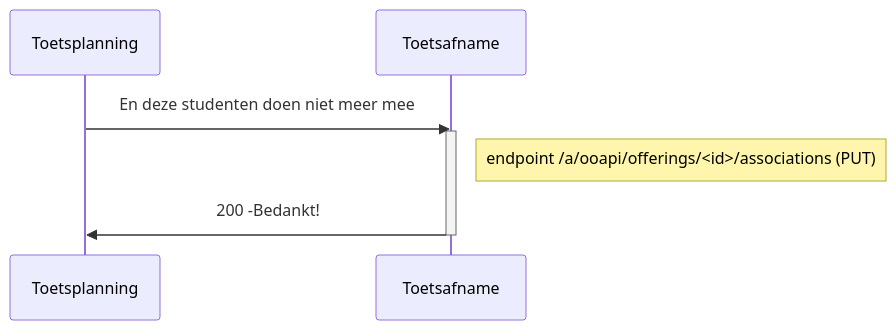
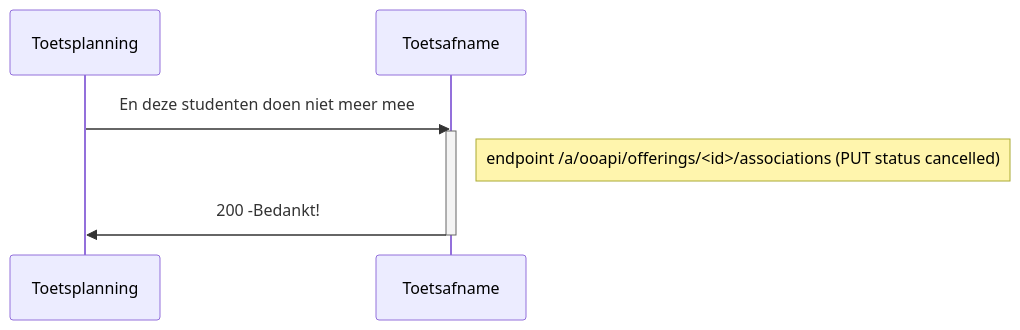
The fourth of 5 diagrams in doc/diagrams/flow2.md (NetwerkExamineringDigitalisering/NED-OOAPI), drawn with Mermaid before and after one commit. The commit also changed other lines of this file, not shown here.

````diff
--- a/doc/diagrams/flow2.md
+++ b/doc/diagrams/flow2.md
@@ -57,8 +136,8 @@
 ```mermaid
 sequenceDiagram
     Toetsplanning->>Toetsafname: En deze studenten doen niet meer mee
     activate Toetsafname
-    Note right of Toetsafname: endpoint /a/ooapi/offerings/<id>/associations (PUT)
+    Note right of Toetsafname: endpoint /a/ooapi/offerings/<id>/associations (PUT status cancelled)
     Toetsafname->>Toetsplanning: 200 -Bedankt!
     deactivate Toetsafname
 ```
````
